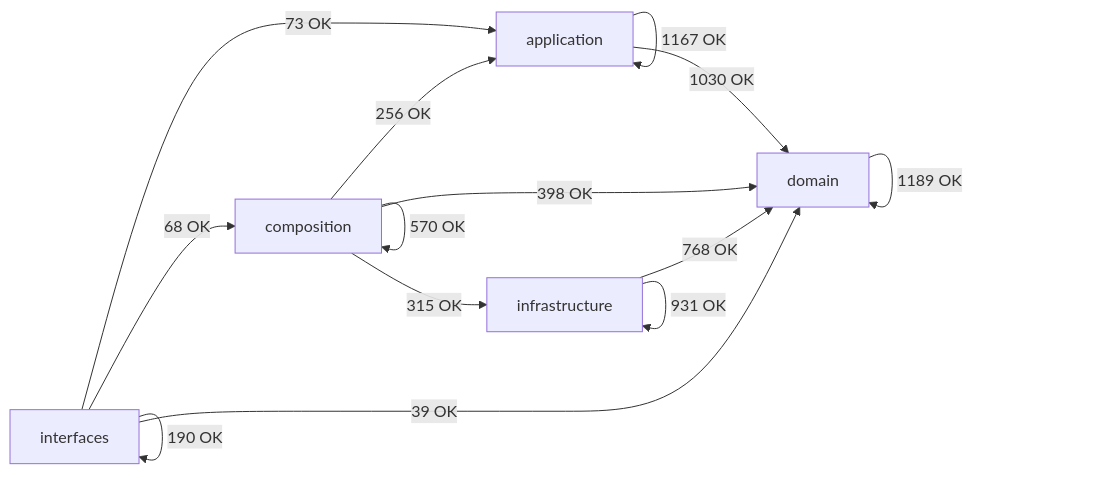
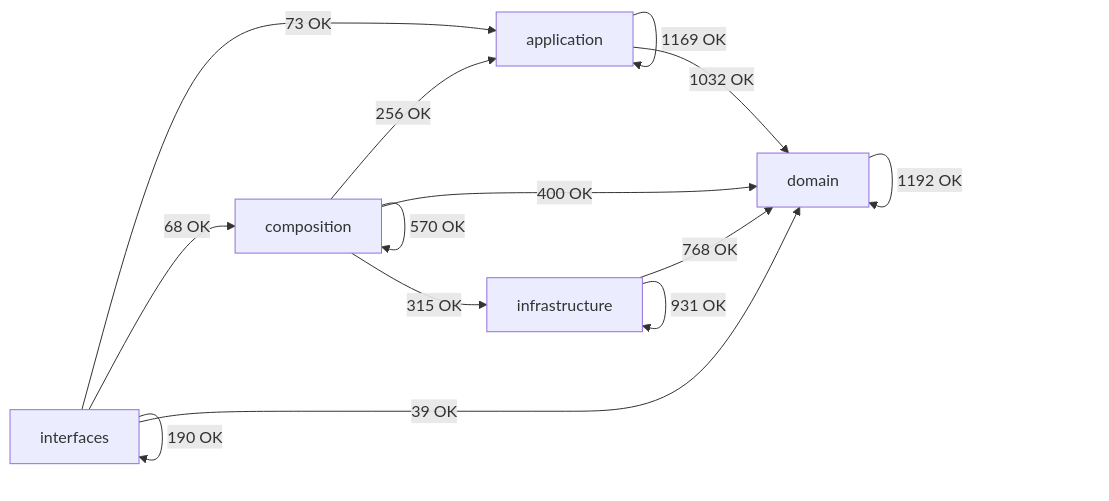
The diagram in docs/02-architecture/generated/module-dependency-map.md (SatoryKono/BioactivityDataAcquisition), drawn with Mermaid before and after one commit. The commit also changed other lines of this file and 6 other files, not shown here.

First line of the commit message:
Refactor schema registry; update pub term keys

````diff
--- a/docs/02-architecture/generated/module-dependency-map.md
+++ b/docs/02-architecture/generated/module-dependency-map.md
@@ -17,21 +17,21 @@
 ```mermaid
 flowchart LR
     domain[domain]
     application[application]
     infrastructure[infrastructure]
     composition[composition]
     interfaces[interfaces]
-    application -->|1167 OK| application
-    application -->|1030 OK| domain
+    application -->|1169 OK| application
+    application -->|1032 OK| domain
     composition -->|256 OK| application
     composition -->|570 OK| composition
-    composition -->|398 OK| domain
+    composition -->|400 OK| domain
     composition -->|315 OK| infrastructure
-    domain -->|1189 OK| domain
+    domain -->|1192 OK| domain
     infrastructure -->|768 OK| domain
     infrastructure -->|931 OK| infrastructure
     interfaces -->|73 OK| application
     interfaces -->|68 OK| composition
     interfaces -->|39 OK| domain
     interfaces -->|190 OK| interfaces
 ```
````
